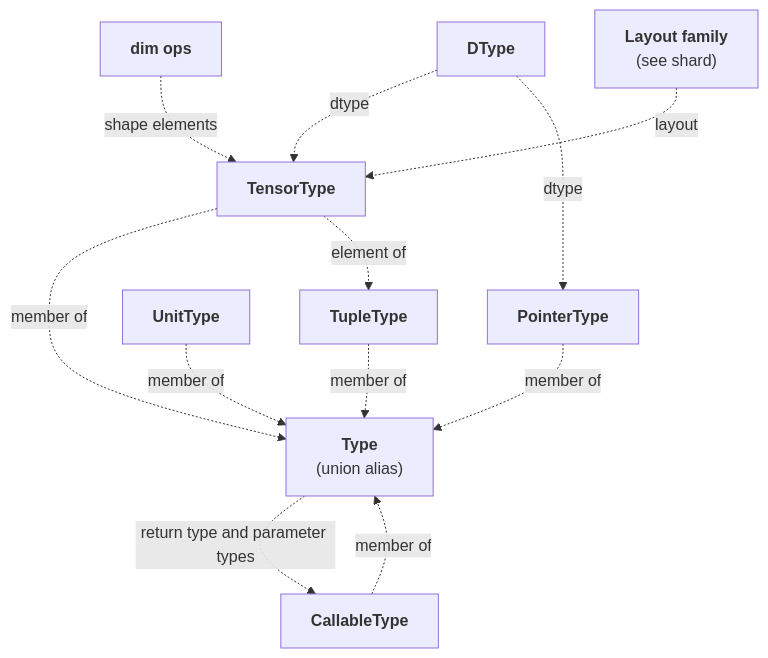
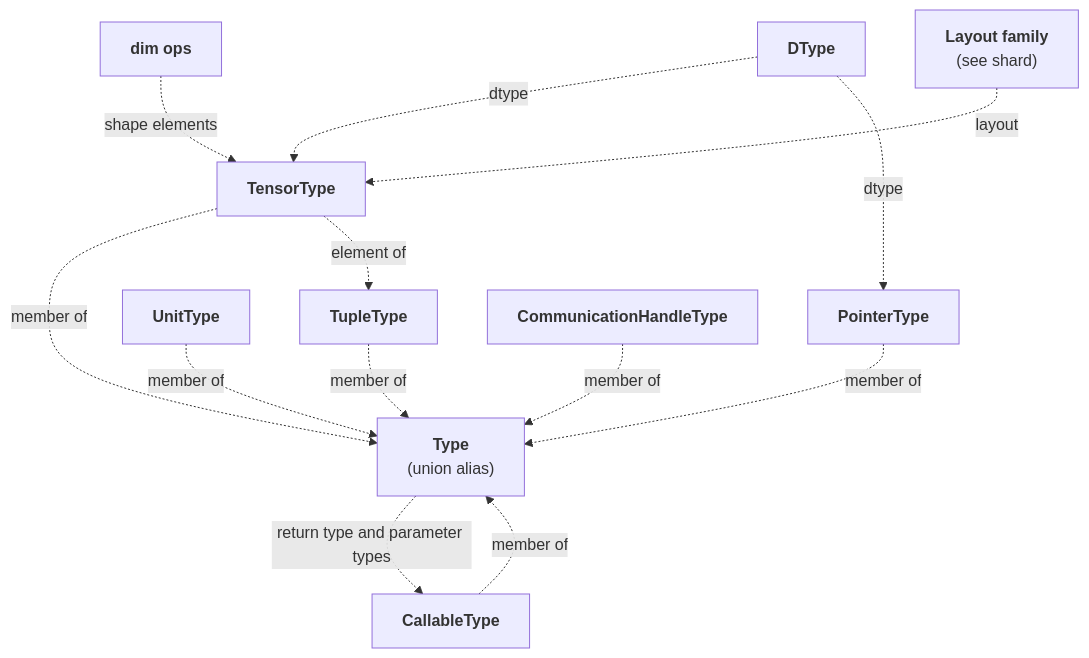
The diagram in docs/spec/types.md (tile-ai/TileFoundry), drawn with Mermaid before and after one commit. The commit also changed other lines of this file and 43 other files, not shown here.

````diff
--- a/docs/spec/types.md
+++ b/docs/spec/types.md
@@ -3,27 +3,29 @@
 ```mermaid
 flowchart TB
     Type["<b>Type</b><br/>(union alias)"]
     TensorType["<b>TensorType</b>"]
     TupleType["<b>TupleType</b>"]
     UnitType["<b>UnitType</b>"]
     CallableType["<b>CallableType</b>"]
     PointerType["<b>PointerType</b>"]
+    CommunicationHandleType["<b>CommunicationHandleType</b>"]
 
     DType["<b>DType</b>"]
     dim["<b>dim ops</b>"]
     Layout["<b>Layout family</b><br/>(see shard)"]
 
     TensorType -. member of .-> Type
     TupleType -. member of .-> Type
     UnitType -. member of .-> Type
     CallableType -. member of .-> Type
     PointerType -. member of .-> Type
+    CommunicationHandleType -. member of .-> Type
 
     DType -. dtype .-> TensorType
     dim -. shape elements .-> TensorType
     Layout -. layout .-> TensorType
     DType -. dtype .-> PointerType
 
     TensorType -. element of .-> TupleType
     Type -. return type and parameter types .-> CallableType
 ```
````
